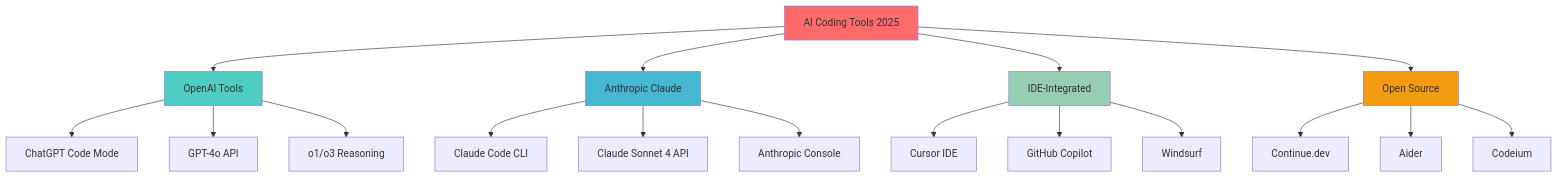
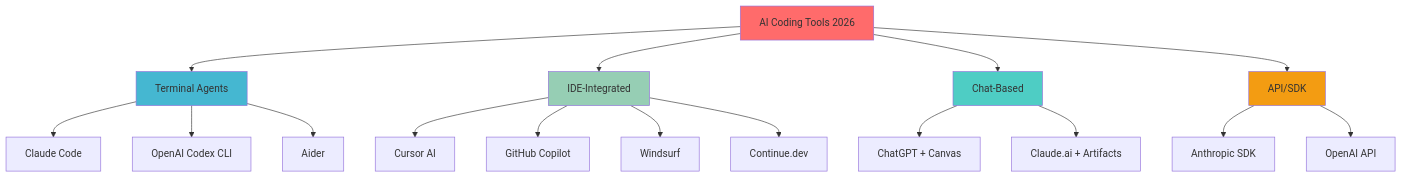
Before and after one commit to DreamLab-AI/dreamlab-ai-website: the second of 5 diagrams in public/data/workshops/workshop-06-codex/00_introduction.md, drawn with Mermaid. The commit also changed other lines of this file and 111 other files, not shown here.

First line of the commit message:
feat(workshops): comprehensive 2026 update + Docker & Claude Code deep dives

````diff
--- a/public/data/workshops/workshop-06-codex/00_introduction.md
+++ b/public/data/workshops/workshop-06-codex/00_introduction.md
@@ -74,29 +73,28 @@
 ```mermaid
 graph TD
-    A[AI Coding Tools 2025] --> B[OpenAI Tools]
-    A --> C[Anthropic Claude]
-    A --> D[IDE-Integrated]
-    A --> E[Open Source]
+    A[AI Coding Tools 2026] --> B[Terminal Agents]
+    A --> C[IDE-Integrated]
+    A --> D[Chat-Based]
+    A --> E[API/SDK]
 
-    B --> F[ChatGPT Code Mode]
-    B --> G[GPT-4o API]
-    B --> H[o1/o3 Reasoning]
+    B --> F[Claude Code]
+    B --> G[OpenAI Codex CLI]
+    B --> H[Aider]
 
-    C --> I[Claude Code CLI]
-    C --> J[Claude Sonnet 4 API]
-    C --> K[Anthropic Console]
+    C --> I[Cursor AI]
+    C --> J[GitHub Copilot]
+    C --> K[Windsurf]
+    C --> L[Continue.dev]
 
-    D --> L[Cursor IDE]
-    D --> M[GitHub Copilot]
-    D --> N[Windsurf]
+    D --> M[ChatGPT + Canvas]
+    D --> N[Claude.ai + Artifacts]
 
-    E --> O[Continue.dev]
-    E --> P[Aider]
-    E --> Q[Codeium]
+    E --> O[Anthropic SDK]
+    E --> P[OpenAI API]
 
     style A fill:#ff6b6b
-    style B fill:#4ecdc4
-    style C fill:#45b7d1
-    style D fill:#96ceb4
+    style B fill:#45b7d1
+    style C fill:#96ceb4
+    style D fill:#4ecdc4
     style E fill:#f39c12
 ```
````
